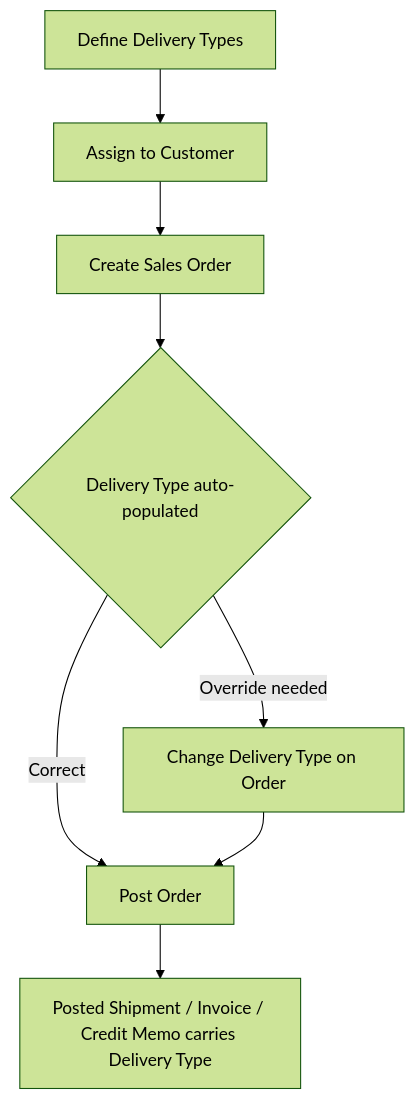
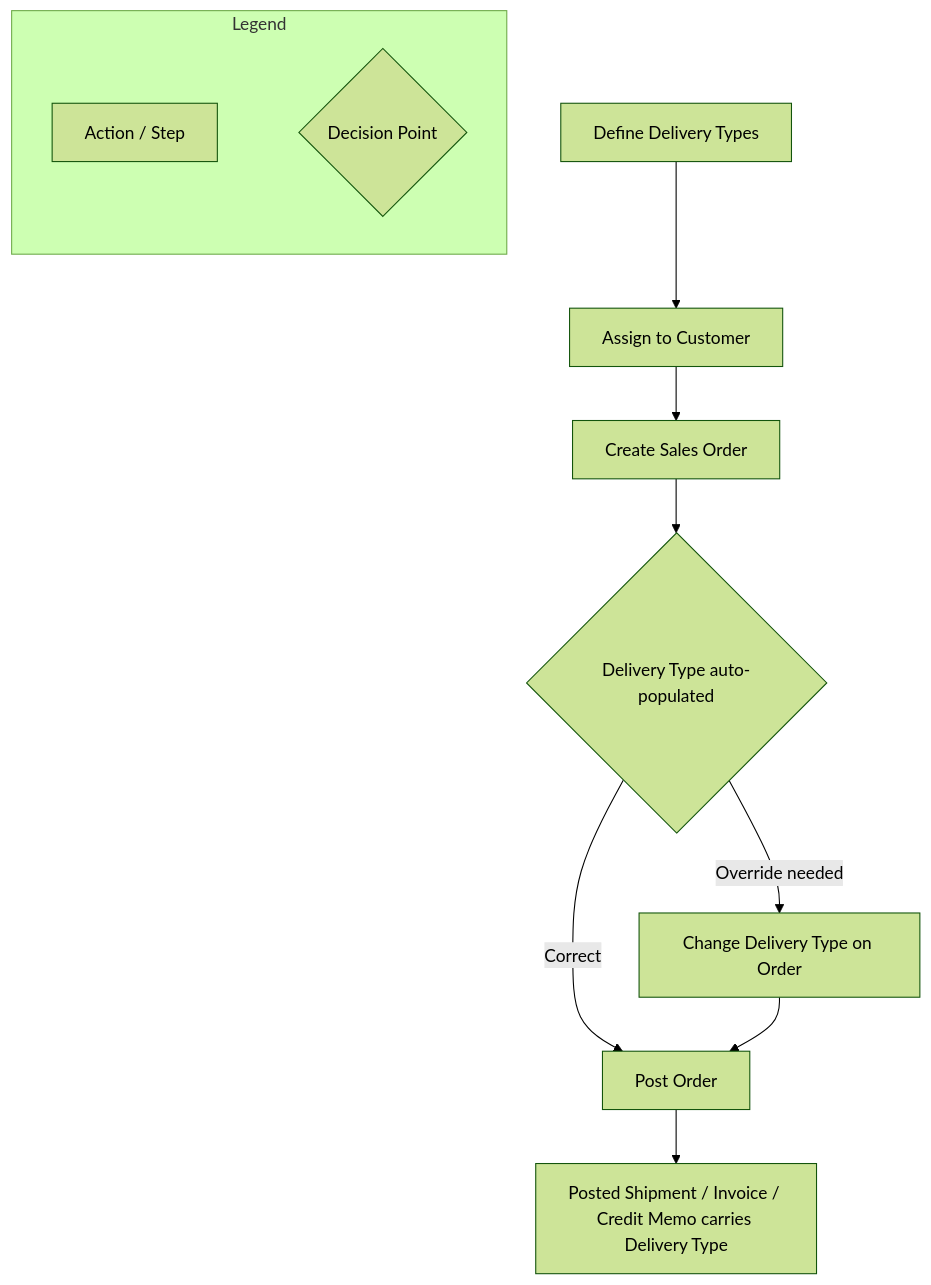
Before and after one commit to timeastman/rr_documentation: the first of 2 diagrams in docs/walkers/delivery-type-user-guide.md, drawn with Mermaid (forest theme). The commit also changed other lines of this file, not shown here.

Commit message:
docs: add legends to Delivery Type user guide diagrams

````diff
--- a/docs/walkers/delivery-type-user-guide.md
+++ b/docs/walkers/delivery-type-user-guide.md
@@ -79,10 +79,15 @@
 ```mermaid
 flowchart TD
     A[Define Delivery Types] --> B[Assign to Customer]
     B --> C[Create Sales Order]
     C --> D{Delivery Type auto-populated}
     D -->|Correct| E[Post Order]
     D -->|Override needed| F[Change Delivery Type on Order]
     F --> E
     E --> G[Posted Shipment / Invoice / Credit Memo carries Delivery Type]
+
+    subgraph Legend
+        direction LR
+        L1[Action / Step] ~~~ L2{Decision Point}
+    end
 ```
````
